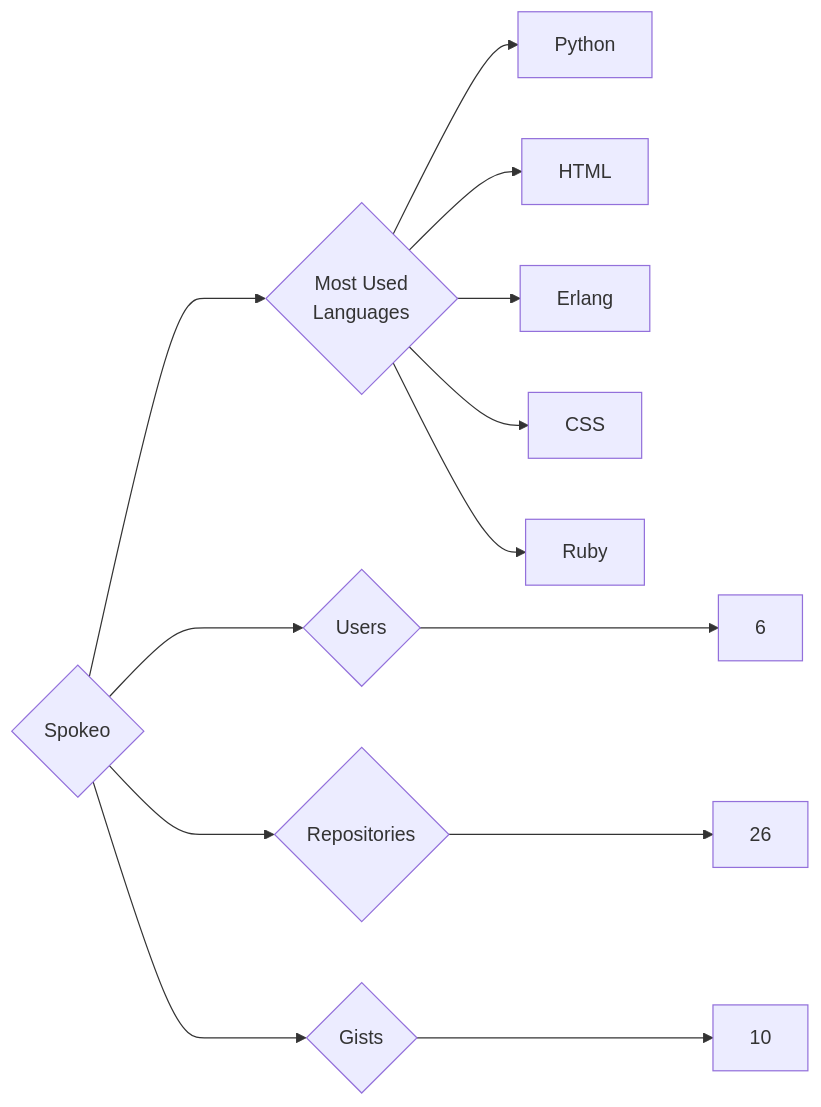
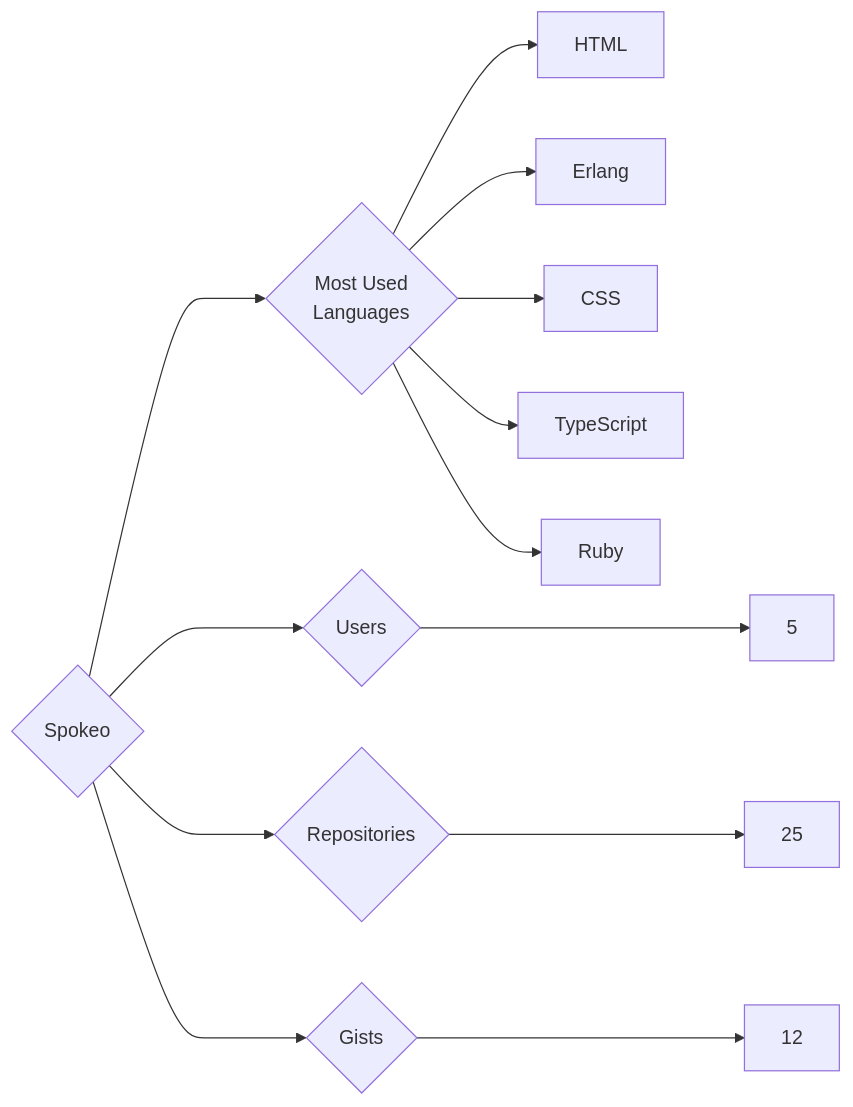
One commit to trickest/insiders changed the diagram in targets/Spokeo/README.md. Above: the diagram before and after it, drawn with Mermaid. The commit also changed 1484 other files, not shown here.

````diff
--- a/targets/Spokeo/README.md
+++ b/targets/Spokeo/README.md
@@ -3,13 +3,13 @@
 ```mermaid
 graph LR
 COMPANY_NAME{Spokeo}
-COMPANY_NAME ---> U{Users} ---> UN[6]
-COMPANY_NAME ---> R{Repositories} ---> RN[26]
-COMPANY_NAME ---> G{Gists} ---> GN[10]
+COMPANY_NAME ---> U{Users} ---> UN[5]
+COMPANY_NAME ---> R{Repositories} ---> RN[25]
+COMPANY_NAME ---> G{Gists} ---> GN[12]
 COMPANY_NAME ---> ML{Most Used<br>Languages}
-ML --> Python[Python]
 ML --> HTML[HTML]
 ML --> Erlang[Erlang]
 ML --> CSS[CSS]
+ML --> TypeScript[TypeScript]
 ML --> Ruby[Ruby]
 ```
````
